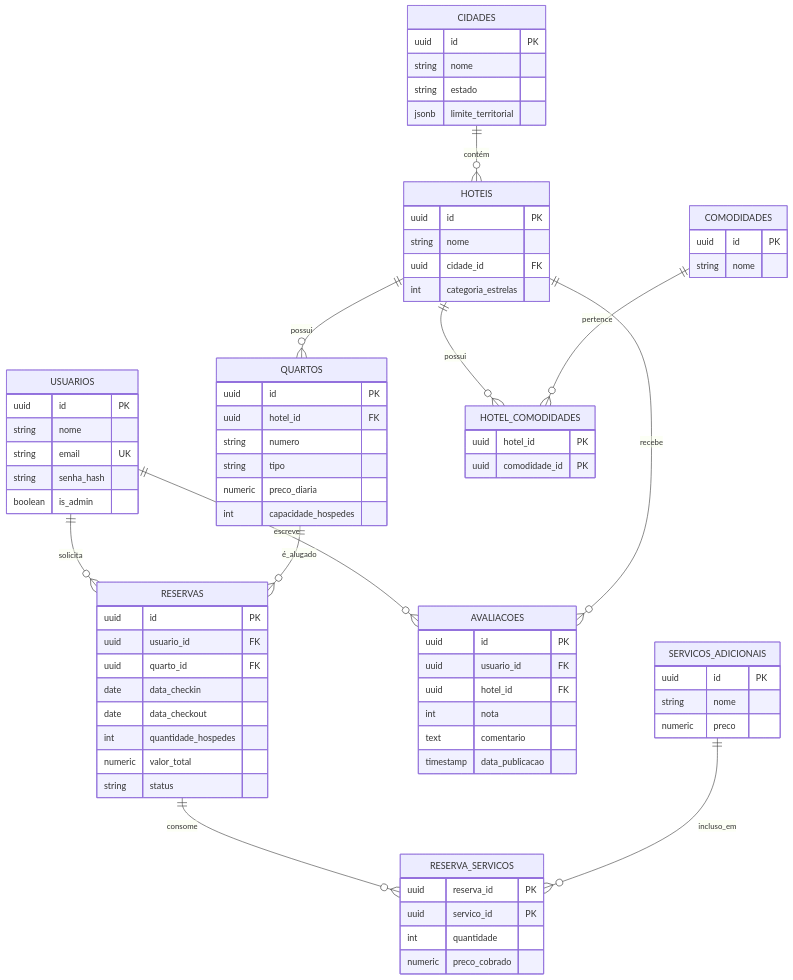
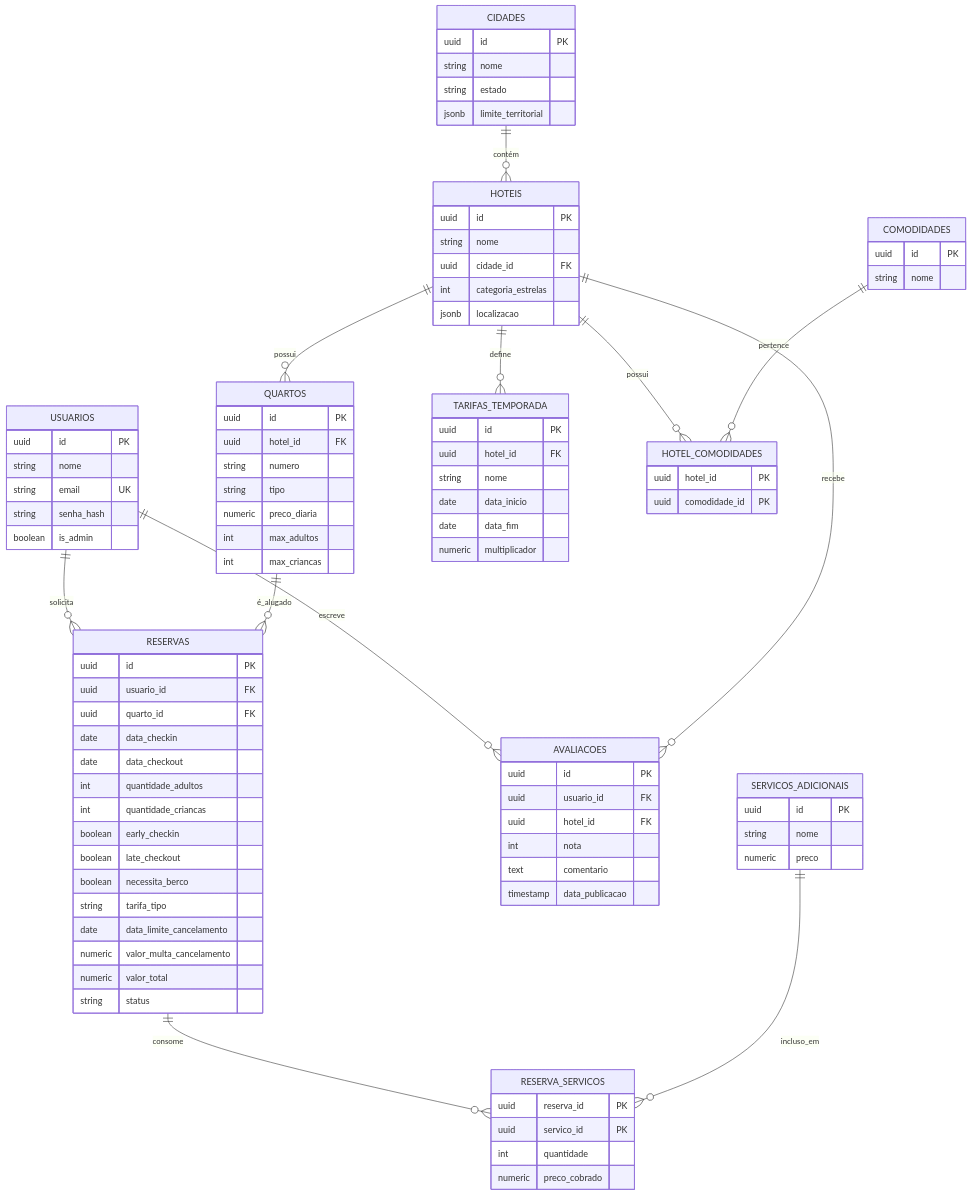
One commit to prof-ronildo-unicatolica/estagio-desenvolvimento-web changed the first of 2 diagrams in docs/03_arquitetura_tecnica/modelagem_dados_postgres.md. Above: the diagram before and after it, drawn with Mermaid. The commit also changed other lines of this file and 8 other files, not shown here.

```diff
--- a/docs/03_arquitetura_tecnica/modelagem_dados_postgres.md
+++ b/docs/03_arquitetura_tecnica/modelagem_dados_postgres.md
@@ -30,6 +30,7 @@
         string nome
         uuid cidade_id FK
         int categoria_estrelas
+        jsonb localizacao
     }
 
     QUARTOS {
@@ -38,7 +39,17 @@
         string numero
         string tipo
         numeric preco_diaria
-        int capacidade_hospedes
+        int max_adultos
+        int max_criancas
+    }
+
+    TARIFAS_TEMPORADA {
+        uuid id PK
+        uuid hotel_id FK
+        string nome
+        date data_inicio
+        date data_fim
+        numeric multiplicador
     }
 
     COMODIDADES {
@@ -57,7 +68,14 @@
         uuid quarto_id FK
         date data_checkin
         date data_checkout
-        int quantidade_hospedes
+        int quantidade_adultos
+        int quantidade_criancas
+        boolean early_checkin
+        boolean late_checkout
+        boolean necessita_berco
+        string tarifa_tipo
+        date data_limite_cancelamento
+        numeric valor_multa_cancelamento
         numeric valor_total
         string status
     }
@@ -86,6 +104,7 @@
 
     CIDADES ||--o{ HOTEIS : "contém"
     HOTEIS ||--o{ QUARTOS : "possui"
+    HOTEIS ||--o{ TARIFAS_TEMPORADA : "define"
     HOTEIS ||--o{ HOTEL_COMODIDADES : "possui"
     COMODIDADES ||--o{ HOTEL_COMODIDADES : "pertence"
     USUARIOS ||--o{ RESERVAS : "solicita"
```
